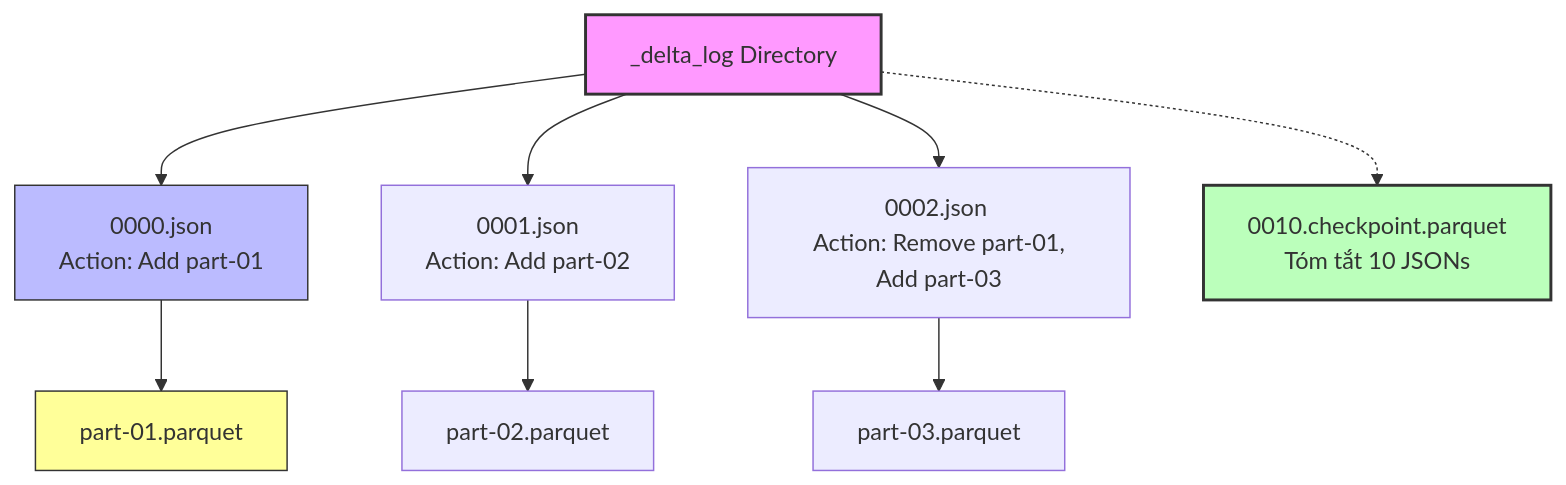
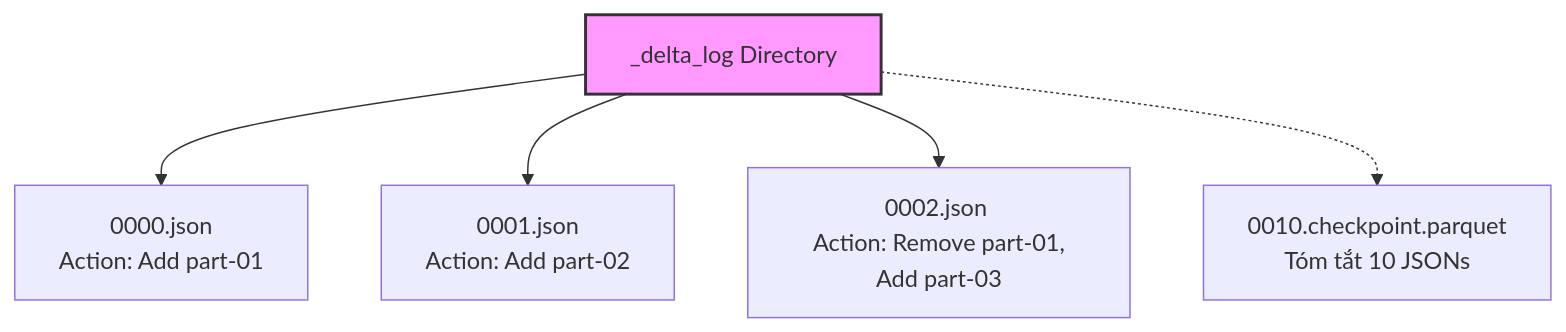
Before and after one commit to kythuatdulieu/kythuatdulieu.github.io: the second of 2 diagrams in src/content/docs/concepts/3-storage-engines-formats/lakehouse.md, drawn with Mermaid. The commit also changed other lines of this file and 228 other files, not shown here.

Commit message:
Fix syntax and rewrite 200+ concepts docs to deep-dive system architecture and add GA4 tracking to quiz app

````diff
--- a/src/content/docs/concepts/3-storage-engines-formats/lakehouse.md
+++ b/src/content/docs/concepts/3-storage-engines-formats/lakehouse.md
@@ -60,16 +51,9 @@
 ```mermaid
 graph TD
     DL["_delta_log Directory"] --> C1["0000.json <br/> Action: Add part-01"]
     DL --> C2["0001.json <br/> Action: Add part-02"]
     DL --> C3["0002.json <br/> Action: Remove part-01, Add part-03"]
     DL -.-> CP["0010.checkpoint.parquet <br/> Tóm tắt 10 JSONs"]
     
-    C1 --> P1["part-01.parquet"]
-    C2 --> P2["part-02.parquet"]
-    C3 --> P3["part-03.parquet"]
-    
     style DL fill:#f9f,stroke:#333,stroke-width:2px
-    style C1 fill:#bbf,stroke:#333,stroke-width:1px
-    style CP fill:#bfb,stroke:#333,stroke-width:2px
-    style P1 fill:#ff9,stroke:#333,stroke-width:1px
 ```
````
